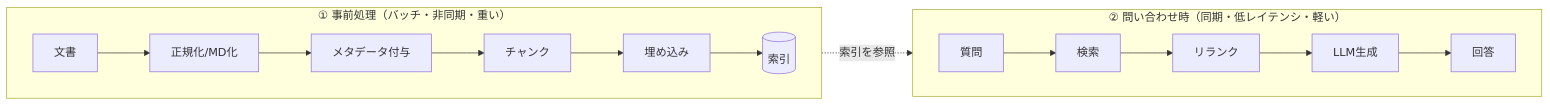
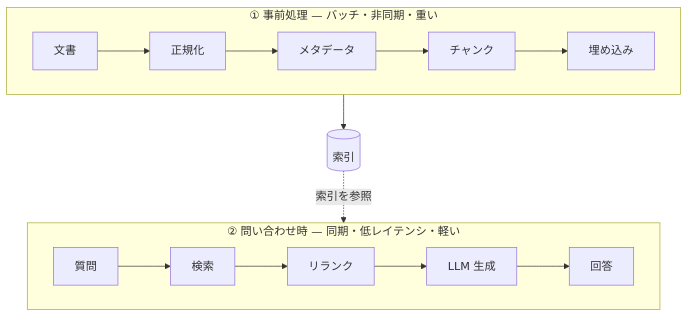
Before and after one commit to mike-sugimoto/ai-tech-notes: the second of 2 diagrams in src/content/docs/overview/architecture.md, drawn with Mermaid. The commit also changed other lines of this file and 3 other files, not shown here.

First line of the commit message:
Refresh Mermaid diagram styling and overview chapter content

````diff
--- a/src/content/docs/overview/architecture.md
+++ b/src/content/docs/overview/architecture.md
@@ -70,12 +63,14 @@
 ```mermaid
-flowchart LR
-    subgraph Offline["① 事前処理（バッチ・非同期・重い）"]
+flowchart TB
+    subgraph Offline["① 事前処理 — バッチ・非同期・重い"]
         direction LR
-        D[文書] --> N[正規化/MD化] --> M[メタデータ付与] --> C[チャンク] --> E[埋め込み] --> X[(索引)]
+        D[文書] --> N[正規化] --> M[メタデータ] --> C[チャンク] --> E[埋め込み]
     end
-    subgraph Online["② 問い合わせ時（同期・低レイテンシ・軽い）"]
+    X[(索引)]
+    subgraph Online["② 問い合わせ時 — 同期・低レイテンシ・軽い"]
         direction LR
-        Q[質問] --> R[検索] --> RR[リランク] --> G[LLM生成] --> A[回答]
+        Q[質問] --> R[検索] --> RR[リランク] --> G[LLM 生成] --> A[回答]
     end
-    X -. 索引を参照 .-> R
+    Offline --> X
+    X -. 索引を参照 .-> Online
 ```
````
